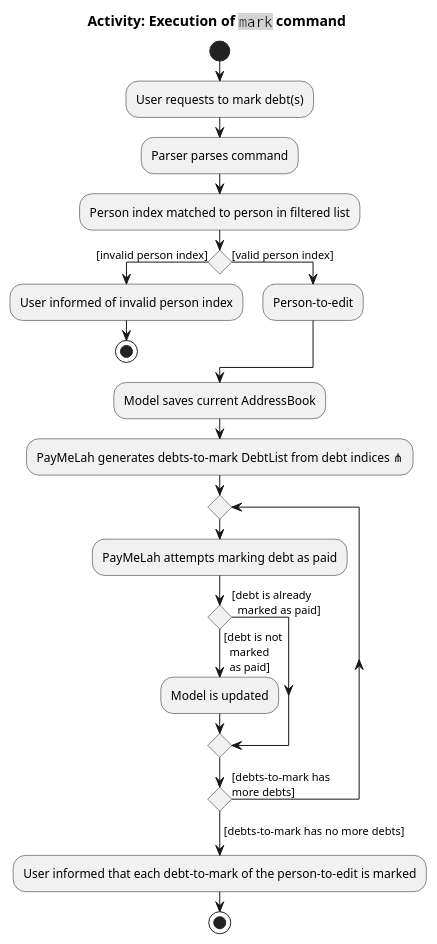
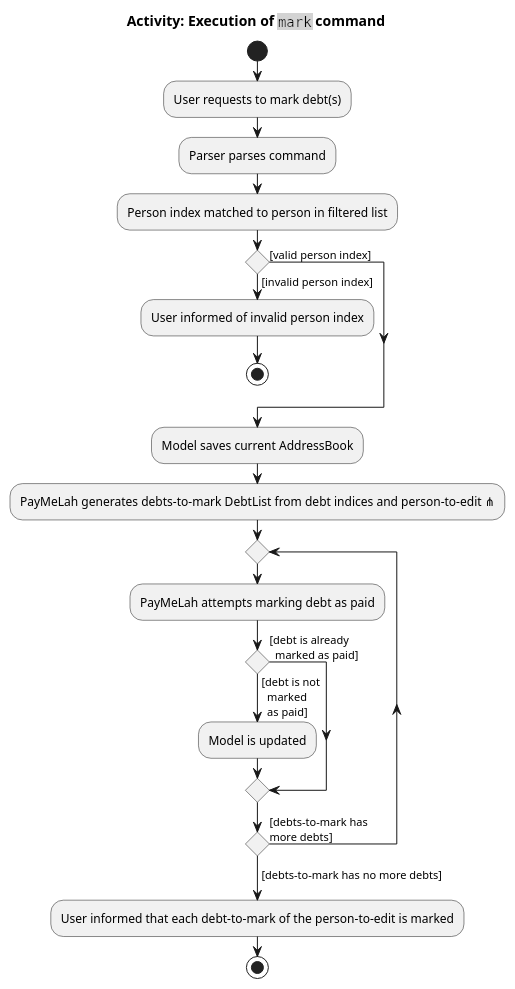
The diagram in docs/diagrams/MarkActivityDiagram.puml (nus-cs2103-AY2223S1/tp), drawn with PlantUML before and after one commit. The commit also changed 6 other files, not shown here.

Commit message:
Fix bugs in DG diagrams for mark

```diff
--- a/docs/diagrams/MarkActivityDiagram.puml
+++ b/docs/diagrams/MarkActivityDiagram.puml
@@ -1,34 +1,33 @@
 @startuml
 title: Activity: Execution of <plain><font:monospaced><back:lightgray>mark</back></font></plain> command
 start
 :User requests to mark debt(s);
 :Parser parses command;
 
 :Person index matched to person in filtered list;
 if () then ([invalid person index])
 :User informed of invalid person index;
 stop
 else ([valid person index])
-:Person-to-edit;
 endif
 
 :Model saves current AddressBook;
-:PayMeLah generates debts-to-mark DebtList from debt indices ⋔;
+:PayMeLah generates debts-to-mark DebtList from debt indices and person-to-edit ⋔;
 
 repeat
   :PayMeLah attempts marking debt as paid;
   if () then ([debt is already
   marked as paid])
   else ([debt is not
   marked
   as paid]
   )
   :Model is updated;
   endif
 repeat while () is ([debts-to-mark has
 more debts])
 ->[debts-to-mark has no more debts];
 
 :User informed that each debt-to-mark of the person-to-edit is marked;
 stop
 @enduml
```
